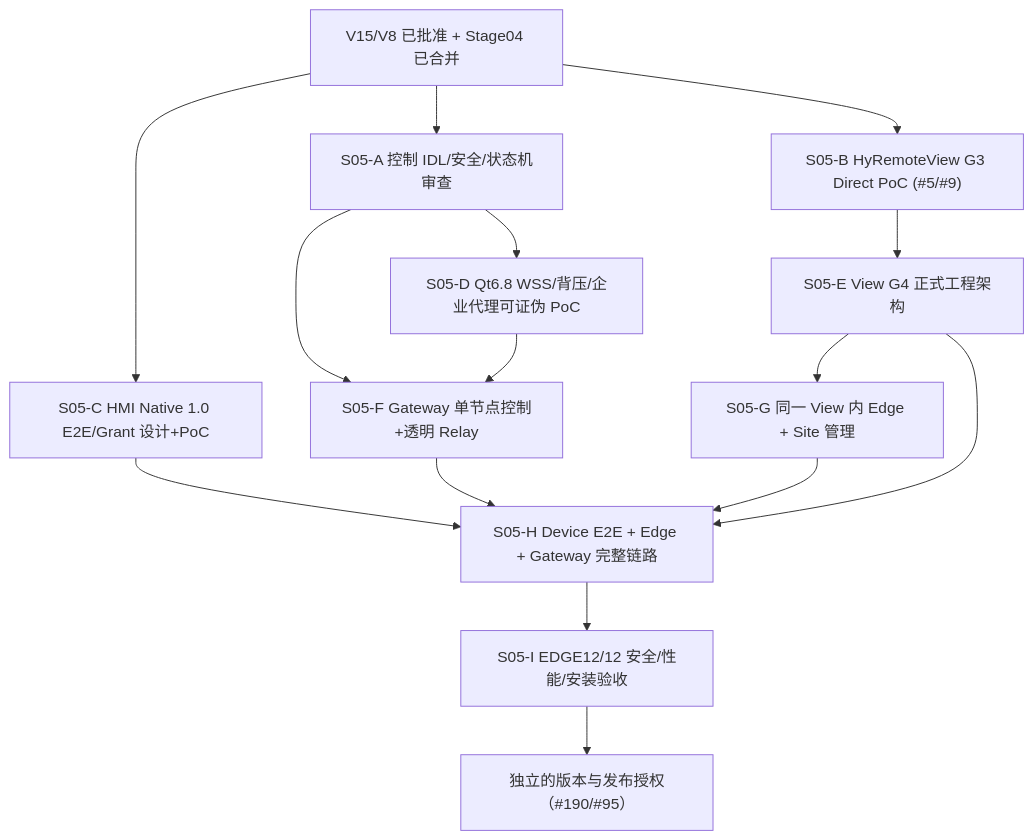
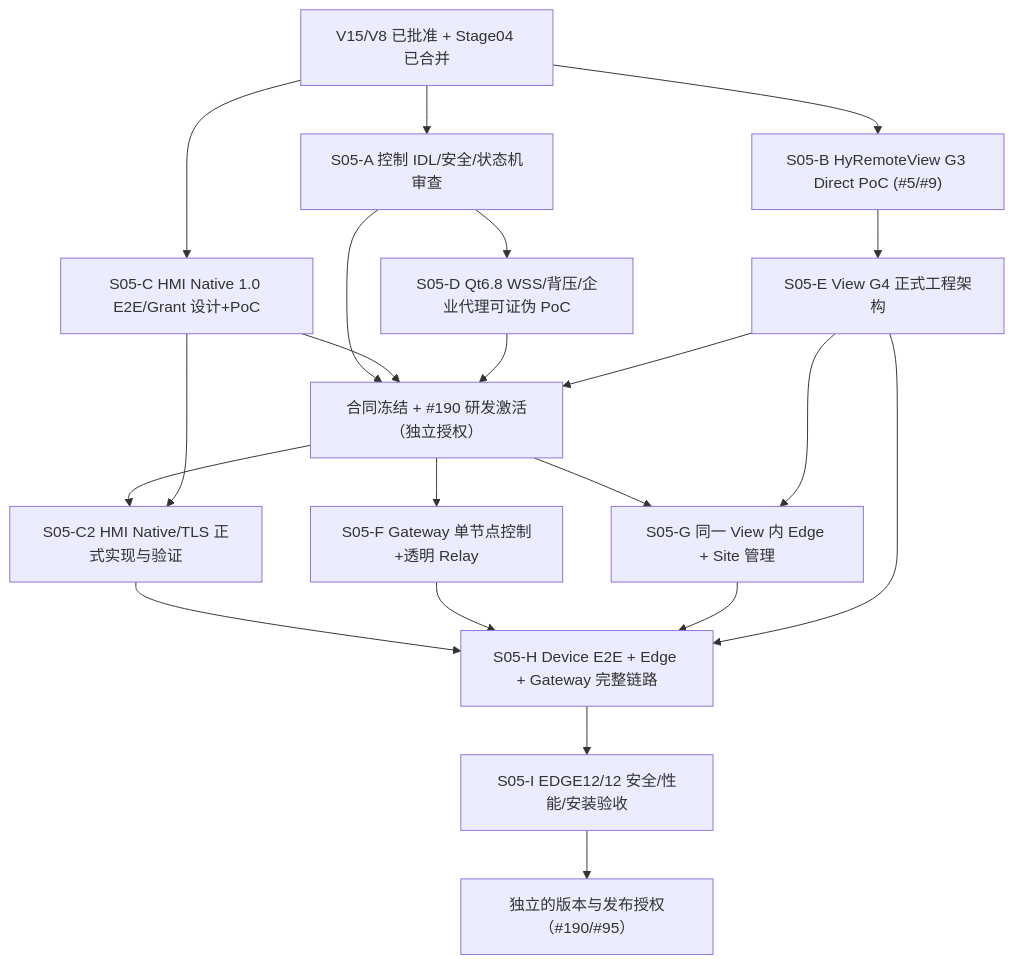
The diagram in docs/internal/stage05-managed-edge-implementation-dag-2026-11-04.md (skawu/HyRemote), drawn with Mermaid before and after one commit. The commit also changed other lines of this file, not shown here.

Commit message:
docs(architecture): gate product implementation behind contract freeze and explicit activation

````diff
--- a/docs/internal/stage05-managed-edge-implementation-dag-2026-11-04.md
+++ b/docs/internal/stage05-managed-edge-implementation-dag-2026-11-04.md
@@ -13,28 +13,36 @@
 ```mermaid
 flowchart TB
   BASE["V15/V8 已批准 + Stage04 已合并"]
   IDL["S05-A 控制 IDL/安全/状态机审查"]
   VIEW["S05-B HyRemoteView G3 Direct PoC (#5/#9)"]
   HMI["S05-C HMI Native 1.0 E2E/Grant 设计+PoC"]
   NET["S05-D Qt6.8 WSS/背压/企业代理可证伪 PoC"]
   G4["S05-E View G4 正式工程架构"]
+  FREEZE["合同冻结 + #190 研发激活（独立授权）"]
+  NATIVE["S05-C2 HMI Native/TLS 正式实现与验证"]
   GW["S05-F Gateway 单节点控制+透明 Relay"]
   EDGE["S05-G 同一 View 内 Edge + Site 管理"]
   FULL["S05-H Device E2E + Edge + Gateway 完整链路"]
   QUAL["S05-I EDGE12/12 安全/性能/安装验收"]
   RELEASE["独立的版本与发布授权（#190/#95）"]
   BASE --> IDL
   BASE --> VIEW
   BASE --> HMI
   IDL --> NET
   VIEW --> G4
+  IDL --> FREEZE
+  HMI --> FREEZE
+  NET --> FREEZE
+  G4 --> FREEZE
+  FREEZE --> NATIVE
+  HMI --> NATIVE
+  FREEZE --> GW
+  FREEZE --> EDGE
   G4 --> EDGE
-  IDL --> GW
-  NET --> GW
-  HMI --> FULL
+  NATIVE --> FULL
   GW --> FULL
   EDGE --> FULL
   G4 --> FULL
   FULL --> QUAL
   QUAL --> RELEASE
 ```
````
